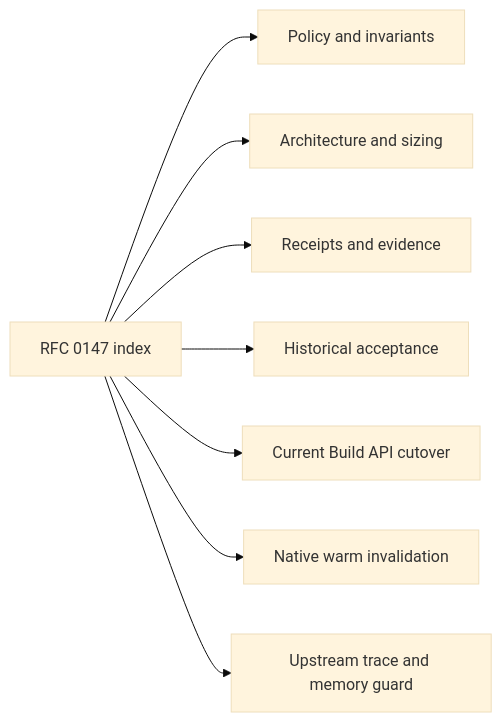
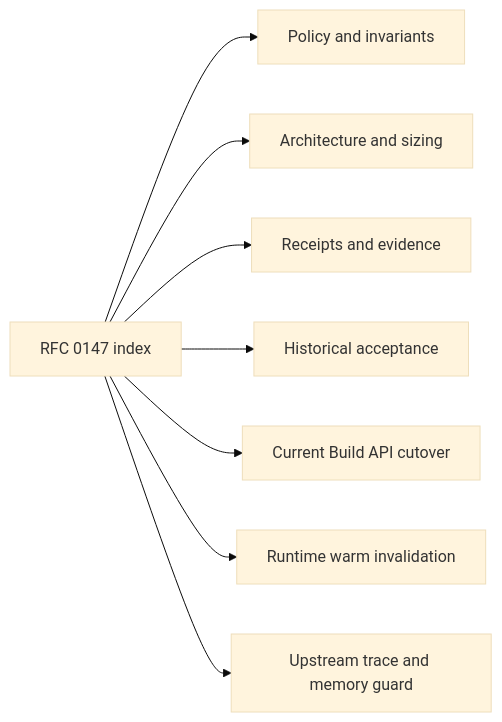
The diagram in module-system/design/147-adaptive-scheme-build-guard.org (tao3k/gebril-yuanxu), drawn with Mermaid (base theme) before and after one commit. The commit also changed other lines of this file and 1469 other files, not shown here.

```diff
--- a/module-system/design/147-adaptive-scheme-build-guard.org
+++ b/module-system/design/147-adaptive-scheme-build-guard.org
@@ -36,11 +36,11 @@
 #+begin_src mermaid
 flowchart LR
   I[RFC 0147 index]
   I --> P[Policy and invariants]
   I --> A[Architecture and sizing]
   I --> E[Receipts and evidence]
   I --> H[Historical acceptance]
   I --> C[Current Build API cutover]
-  I --> W[Native warm invalidation]
+  I --> W[Runtime warm invalidation]
   I --> M[Upstream trace and memory guard]
 #+end_src
```
